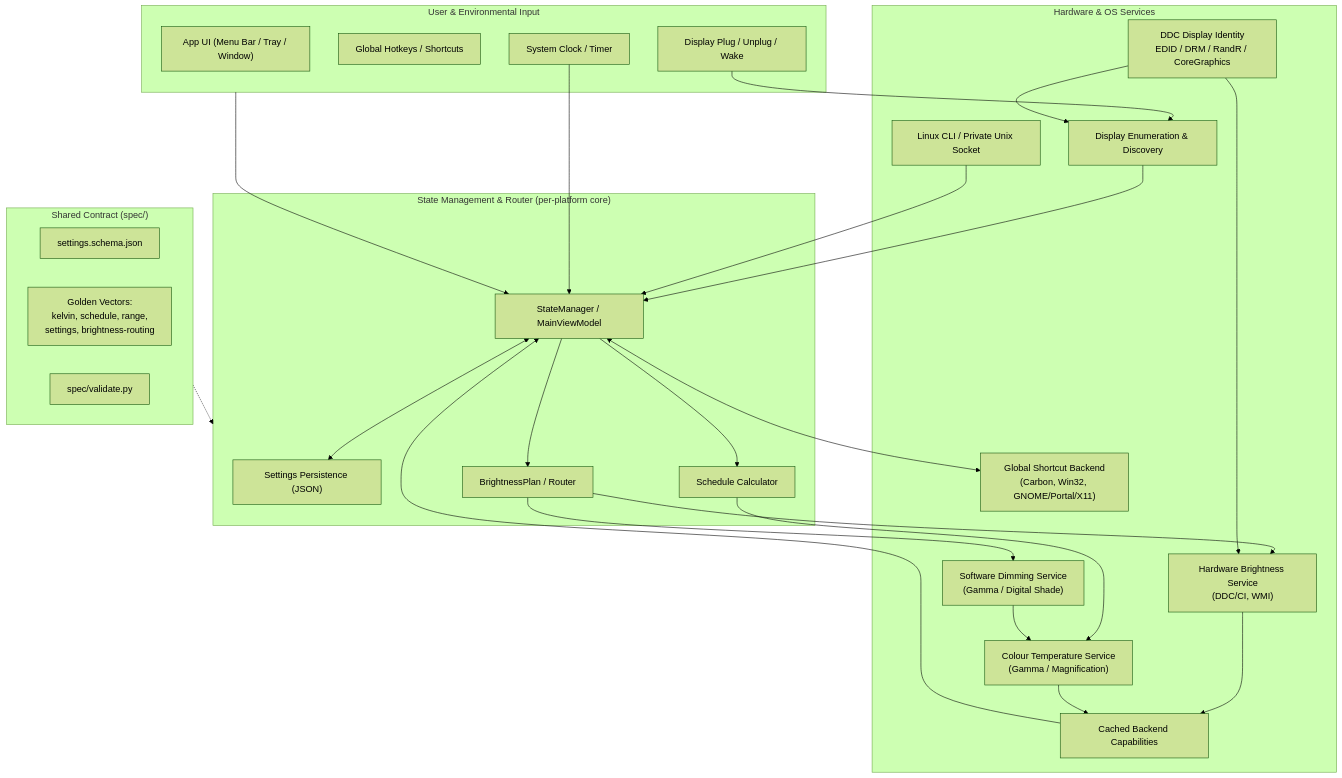
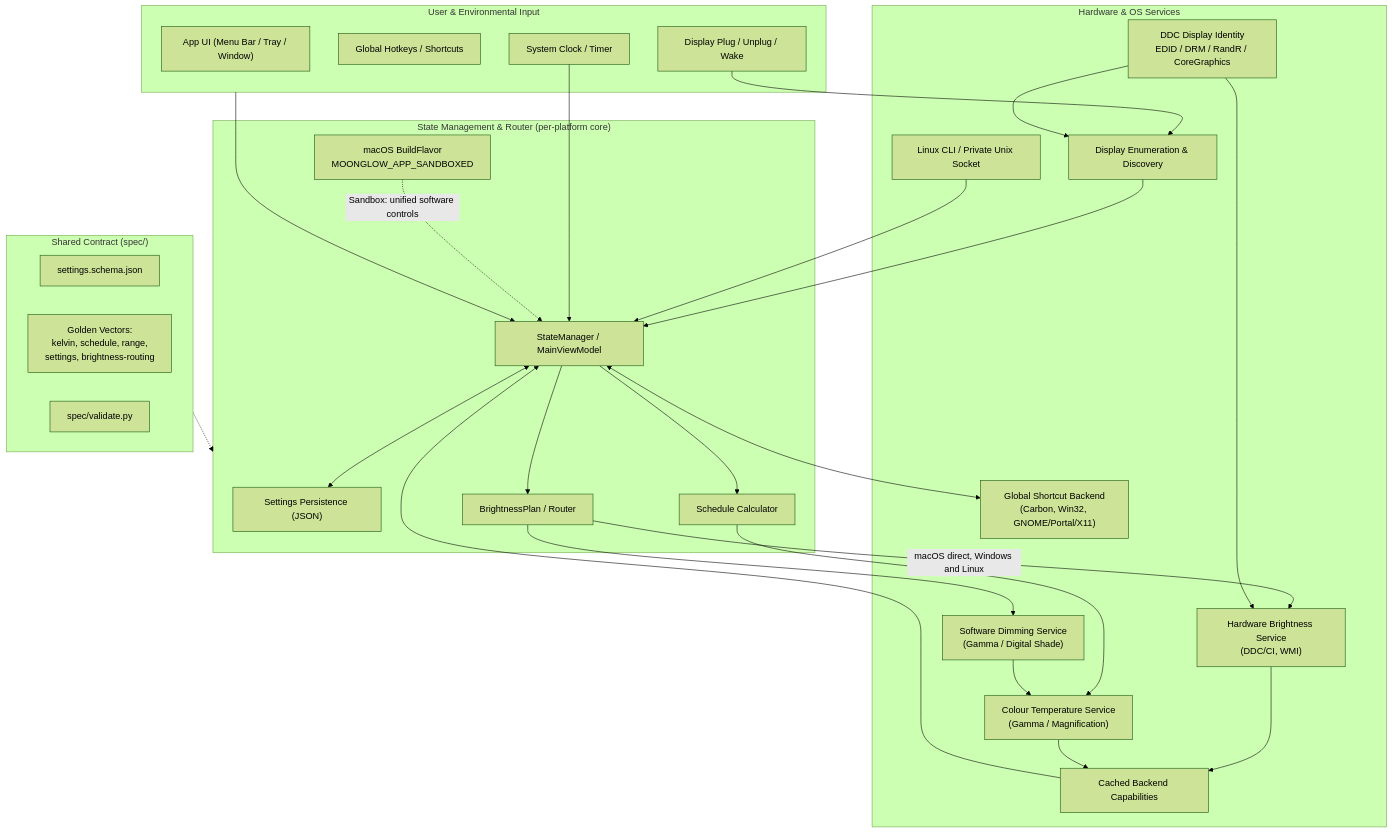
Before and after one commit to prompt-smithy/moonglow: the first of 2 diagrams in system.md, drawn with Mermaid (forest theme). The commit also changed other lines of this file and 17 other files, not shown here.

Commit message:
Prepare macOS App Store and Homebrew builds

````diff
--- a/system.md
+++ b/system.md
@@ -11,57 +11,59 @@
 ```mermaid
 flowchart TD
     subgraph SpecContract["Shared Contract (spec/)"]
         Schema["settings.schema.json"]
         Vectors["Golden Vectors:\nkelvin, schedule, range,\nsettings, brightness-routing"]
         Validator["spec/validate.py"]
     end
 
     subgraph UserInput["User & Environmental Input"]
         UI["App UI (Menu Bar / Tray / Window)"]
         Hotkeys["Global Hotkeys / Shortcuts"]
         Clock["System Clock / Timer"]
         DisplayEvents["Display Plug / Unplug / Wake"]
     end
 
     subgraph StateLayer["State Management & Router (per-platform core)"]
         SettingsStore["Settings Persistence (JSON)"]
         StateManager["StateManager / MainViewModel"]
         ScheduleCalc["Schedule Calculator"]
         BrightnessRouter["BrightnessPlan / Router"]
+        BuildFlavor["macOS BuildFlavor\nMOONGLOW_APP_SANDBOXED"]
     end
 
     subgraph Services["Hardware & OS Services"]
         ColorService["Colour Temperature Service\n(Gamma / Magnification)"]
         HwBrightness["Hardware Brightness Service\n(DDC/CI, WMI)"]
         SwBrightness["Software Dimming Service\n(Gamma / Digital Shade)"]
         DisplayService["Display Enumeration & Discovery"]
         ShortcutService["Global Shortcut Backend\n(Carbon, Win32, GNOME/Portal/X11)"]
         Capability["Cached Backend Capabilities"]
         Identity["DDC Display Identity\nEDID / DRM / RandR / CoreGraphics"]
         IPC["Linux CLI / Private Unix Socket"]
     end
 
     UserInput --> StateManager
     SpecContract -.-> StateLayer
 
     StateManager <--> SettingsStore
     Clock --> StateManager
     DisplayEvents --> DisplayService
     DisplayService --> StateManager
 
     StateManager --> ScheduleCalc
     StateManager --> BrightnessRouter
 
     ScheduleCalc --> ColorService
-    BrightnessRouter --> HwBrightness
+    BrightnessRouter -->|"macOS direct, Windows and Linux"| HwBrightness
     BrightnessRouter --> SwBrightness
 
     StateManager <--> ShortcutService
     IPC --> StateManager
     HwBrightness --> Capability
     ColorService --> Capability
     Capability --> StateManager
     Identity --> DisplayService
     Identity --> HwBrightness
     SwBrightness --> ColorService
+    BuildFlavor -.->|"Sandbox: unified software controls"| StateManager
 ```
````
